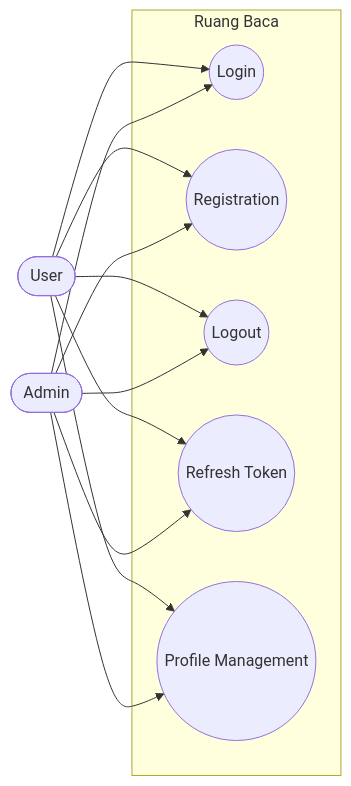
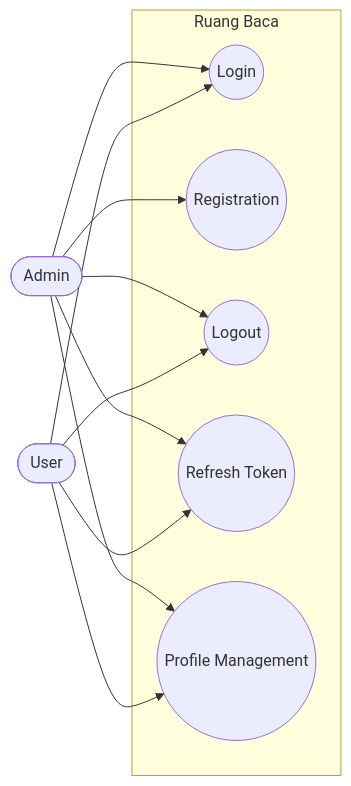
The diagram in docs/uml/src/diagrams/list-diagrams/use-case.mmd (dimstyle/ruang-baca), drawn with Mermaid before and after one commit. The commit also changed 6 other files, not shown here.

```diff
--- a/docs/uml/src/diagrams/list-diagrams/use-case.mmd
+++ b/docs/uml/src/diagrams/list-diagrams/use-case.mmd
@@ -1,23 +1,22 @@
 flowchart LR
     user(["User"])
     admin(["Admin"])
 
     subgraph system["Ruang Baca"]
         login(("Login"))
         register(("Registration"))
         logout(("Logout"))
         refreshToken(("Refresh Token"))
         profileManagement(("Profile Management"))
     end
 
     user --> login
-    user --> register
     user --> logout
     user --> refreshToken
     user --> profileManagement
     
     admin --> login
     admin --> register
     admin --> logout
     admin --> refreshToken
     admin --> profileManagement
```
